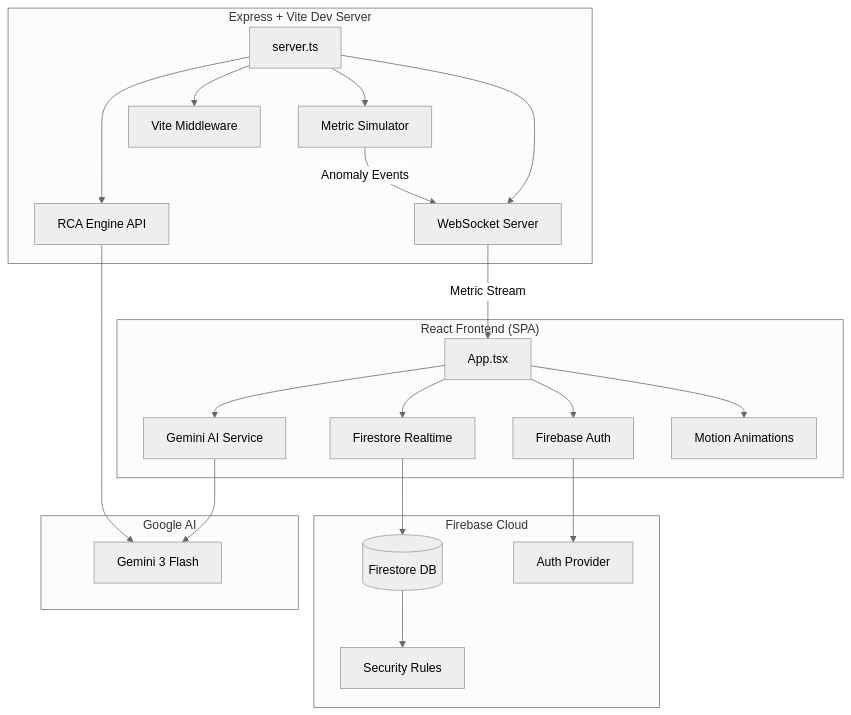
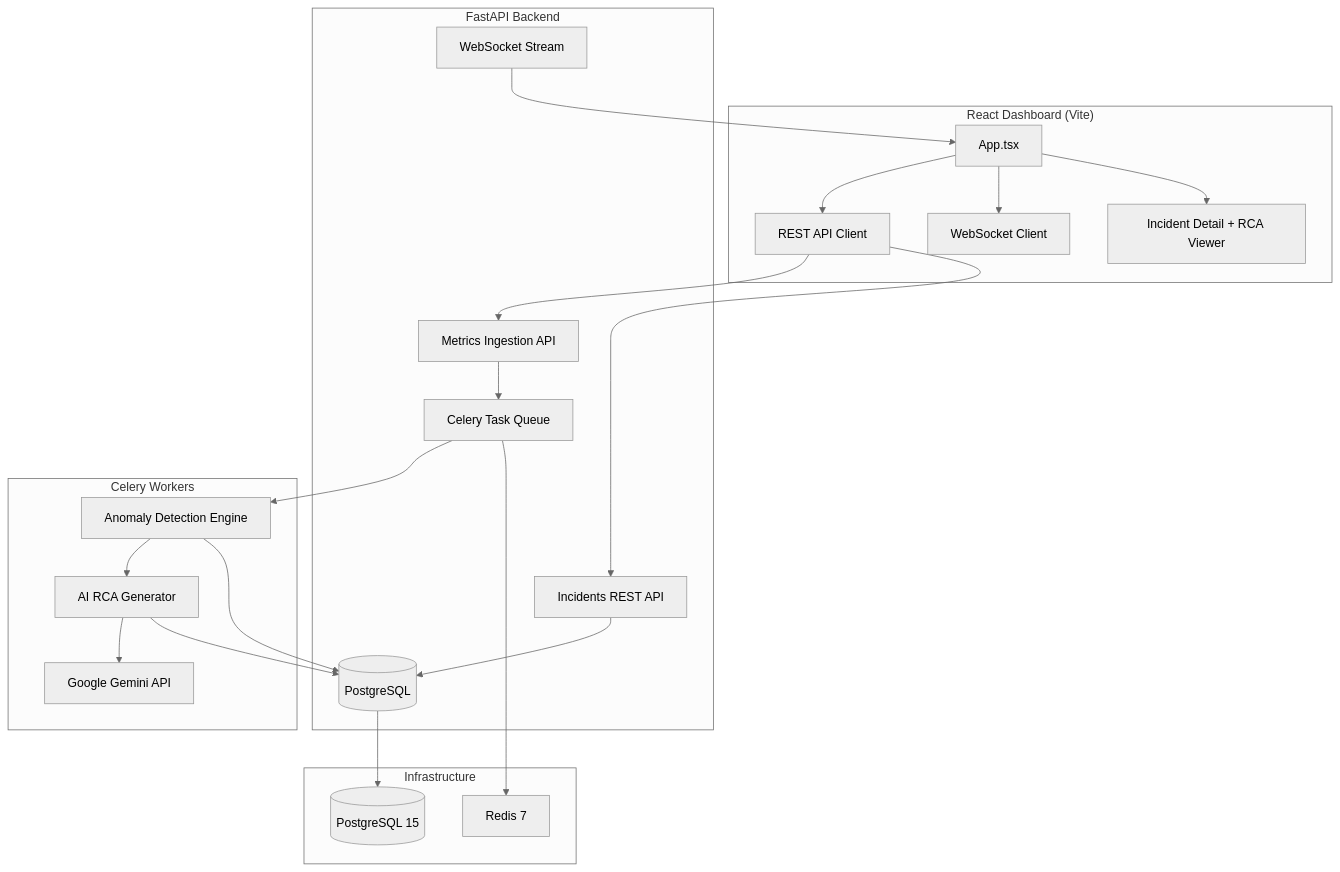
The diagram in README.md (Satya136-dvsn/Aegis---Incident-Intelligence), drawn with Mermaid (neutral theme) before and after one commit. The commit also changed other lines of this file and 14 other files, not shown here.

````diff
--- a/README.md
+++ b/README.md
@@ -59,34 +62,32 @@
 ```mermaid
 graph TB
-    subgraph Client["React Frontend (SPA)"]
-        A[App.tsx] --> B[Firebase Auth]
-        A --> C[Firestore Realtime]
-        A --> D[Gemini AI Service]
-        A --> E[Motion Animations]
+    subgraph Frontend["React Dashboard (Vite)"]
+        A[App.tsx] --> B[REST API Client]
+        A --> C[WebSocket Client]
+        A --> D[Incident Detail + RCA Viewer]
     end
 
-    subgraph Server["Express + Vite Dev Server"]
-        F[server.ts] --> G[WebSocket Server]
-        F --> H[RCA Engine API]
-        F --> I[Metric Simulator]
-        F --> J[Vite Middleware]
+    subgraph Backend["FastAPI Backend"]
+        E[Metrics Ingestion API] --> F[Celery Task Queue]
+        G[Incidents REST API] --> H[(PostgreSQL)]
+        I[WebSocket Stream] --> A
     end
 
-    subgraph Firebase["Firebase Cloud"]
-        K[(Firestore DB)]
-        L[Auth Provider]
-        M[Security Rules]
+    subgraph Workers["Celery Workers"]
+        F --> J[Anomaly Detection Engine]
+        J --> K[AI RCA Generator]
+        K --> L[Google Gemini API]
+        J --> H
+        K --> H
     end
 
-    subgraph AI["Google AI"]
-        N[Gemini 3 Flash]
+    subgraph Infra["Infrastructure"]
+        M[(PostgreSQL 15)]
+        N[Redis 7]
     end
 
-    B --> L
-    C --> K
-    K --> M
-    D --> N
-    H --> N
-    G -- "Metric Stream" --> A
-    I -- "Anomaly Events" --> G
+    B --> E
+    B --> G
+    F --> N
+    H --> M
 ```
````
